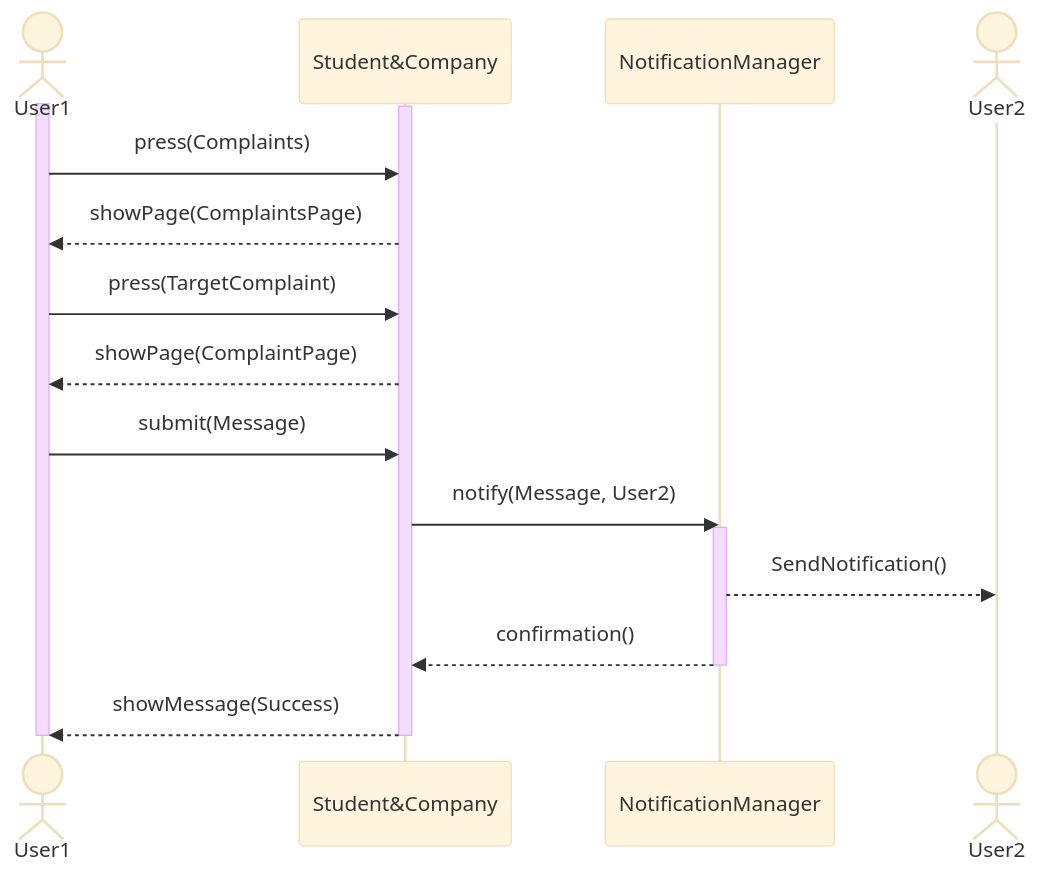
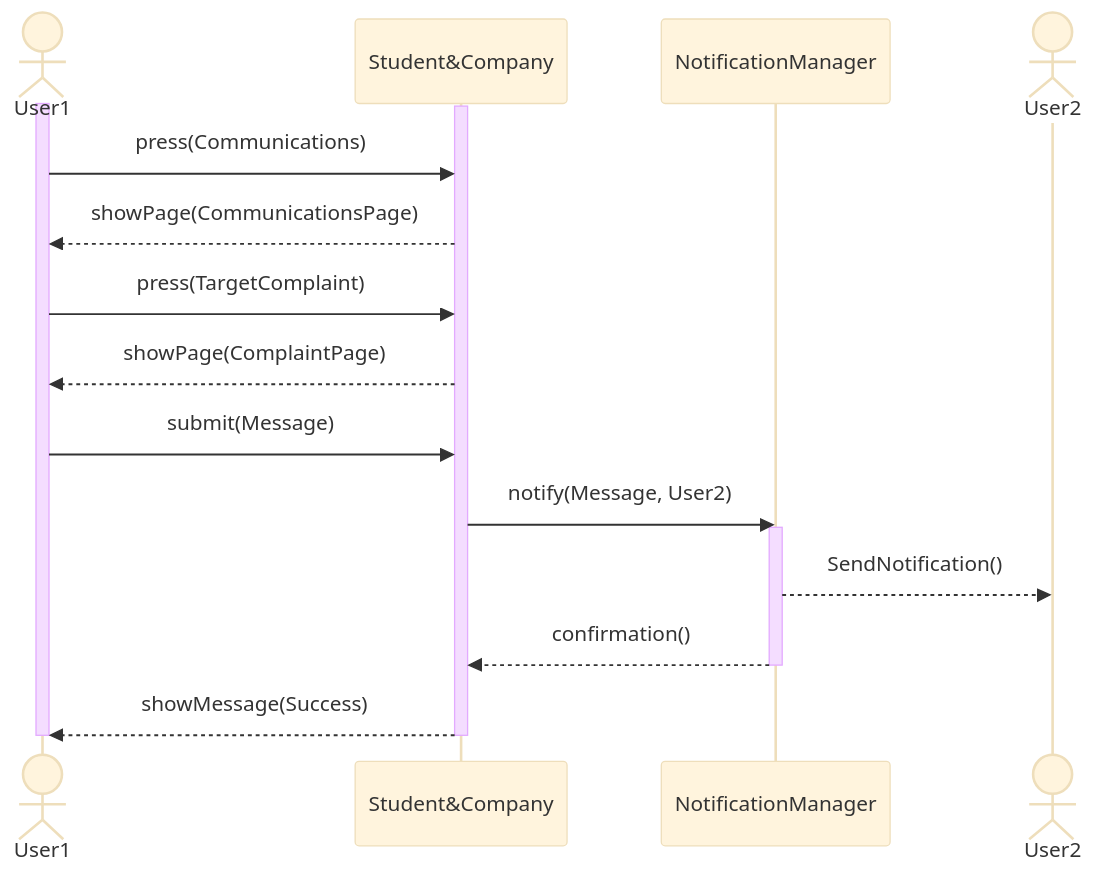
One commit to Slaitroc/RicciPaoliGrisoni changed diagram 12 of 14 in Diagrams/SequenceDiagrams/SequenceDiagrams.md. Above: the diagram before and after it, drawn with Mermaid (base theme). The commit also changed other lines of this file and 15 other files, not shown here.

Commit message:
state charts, sequence diagrams and use cases refactored

````diff
--- a/Diagrams/SequenceDiagrams/SequenceDiagrams.md
+++ b/Diagrams/SequenceDiagrams/SequenceDiagrams.md
@@ -376,22 +375,22 @@
 ```mermaid
 sequenceDiagram
     actor User1
     participant Student&Company
     participant NotificationManager 
     actor User2
     activate User1
     activate Student&Company
-    User1 ->> Student&Company: press(Complaints)
-    Student&Company -->> User1: showPage(ComplaintsPage)
+    User1 ->> Student&Company: press(Communications)
+    Student&Company -->> User1: showPage(CommunicationsPage)
     User1 ->> Student&Company: press(TargetComplaint)
     Student&Company -->> User1: showPage(ComplaintPage)
     User1 ->> Student&Company: submit(Message)
     Student&Company ->> NotificationManager: notify(Message, User2)
     activate NotificationManager
     NotificationManager -->> User2: SendNotification()
     NotificationManager -->> Student&Company: confirmation()
     deactivate NotificationManager
     Student&Company -->> User1: showMessage(Success)
     deactivate Student&Company
     deactivate User1
 ```
````
